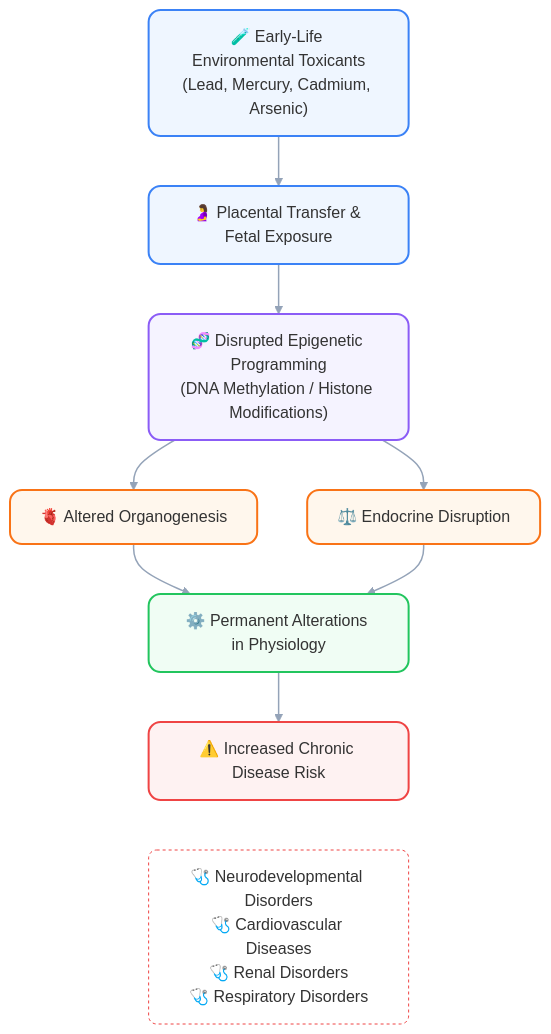
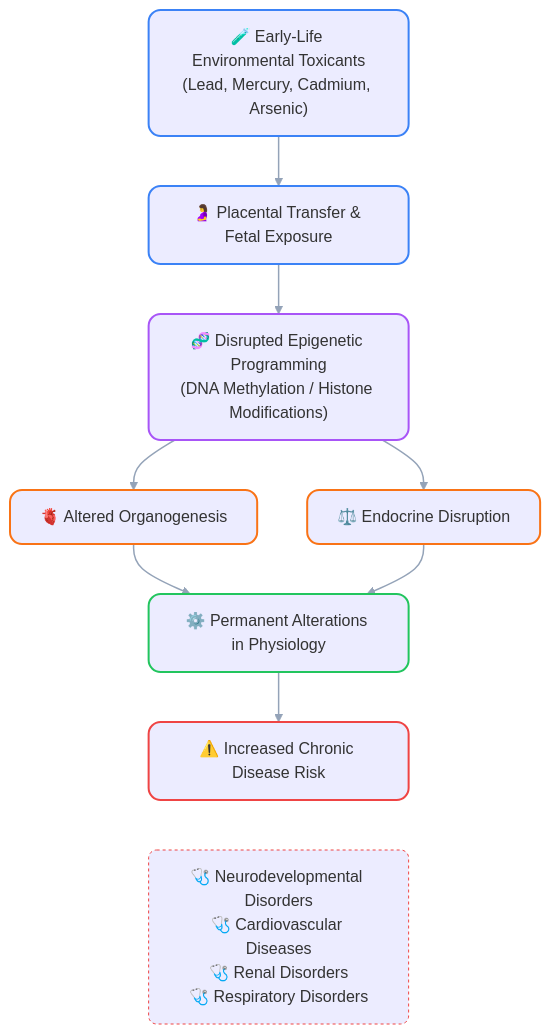
Before and after one commit to Arnav-Mathur07/DoHad: the second of 3 diagrams in README.md, drawn with Mermaid.

````diff
--- a/README.md
+++ b/README.md
@@ -148,43 +148,43 @@
 ```mermaid
 flowchart TD
-    %% Publication-Quality Color Palette
-    classDef blueBox fill:#eff6ff,stroke:#3b82f6,stroke-width:2px,rx:12px,ry:12px,shadow:true;
-    classDef purpleBox fill:#f5f3ff,stroke:#8b5cf6,stroke-width:2px,rx:12px,ry:12px,shadow:true;
-    classDef orangeBox fill:#fff7ed,stroke:#f97316,stroke-width:2px,rx:12px,ry:12px,shadow:true;
-    classDef greenBox fill:#f0fdf4,stroke:#22c55e,stroke-width:2px,rx:12px,ry:12px,shadow:true;
-    classDef redBox fill:#fef2f2,stroke:#ef4444,stroke-width:2px,rx:12px,ry:12px,shadow:true;
-    classDef diseaseList fill:#ffffff,stroke:#ef4444,stroke-width:1px,stroke-dasharray: 3 3,rx:8px,ry:8px,shadow:false;
+    %% Publication-Quality Color Palette (Theme-Adaptive)
+    classDef blueBox stroke:#3b82f6,stroke-width:2px,rx:12px,ry:12px;
+    classDef purpleBox stroke:#a855f7,stroke-width:2px,rx:12px,ry:12px;
+    classDef orangeBox stroke:#f97316,stroke-width:2px,rx:12px,ry:12px;
+    classDef greenBox stroke:#22c55e,stroke-width:2px,rx:12px,ry:12px;
+    classDef redBox stroke:#ef4444,stroke-width:2px,rx:12px,ry:12px;
+    classDef diseaseList stroke:#ef4444,stroke-width:1px,stroke-dasharray: 3 3,rx:8px,ry:8px;
 
     %% Nodes
     A["🧪 Early-Life Environmental Toxicants<br/>(Lead, Mercury, Cadmium, Arsenic)"]:::blueBox
     B["🤰 Placental Transfer & Fetal Exposure"]:::blueBox
     C["🧬 Disrupted Epigenetic Programming<br/>(DNA Methylation / Histone Modifications)"]:::purpleBox
     
     D["🫀 Altered Organogenesis"]:::orangeBox
     E["⚖️ Endocrine Disruption"]:::orangeBox
     
     F["⚙️ Permanent Alterations in Physiology"]:::greenBox
     
     G["⚠️ Increased Chronic Disease Risk"]:::redBox
     
     H["🩺 Neurodevelopmental Disorders<br/>🩺 Cardiovascular Diseases<br/>🩺 Renal Disorders<br/>🩺 Respiratory Disorders"]:::diseaseList
 
     %% Structural Alignment & Layout
     A --> B
     B --> C
     
     %% Balanced Branching
     C --> D
     C --> E
     
     %% Seamless Merging
     D --> F
     E --> F
     
     F --> G
     G --- H
 
     %% Thin, Smooth Scientific Arrows
     linkStyle 0,1,2,3,4,5,6 stroke:#94a3b8,stroke-width:1.5px,fill:none;
     linkStyle 7 stroke:none;
 ```
````
